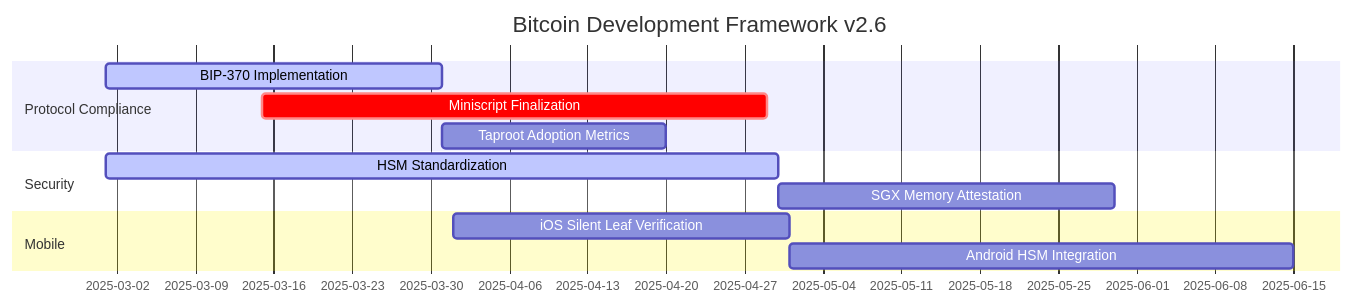
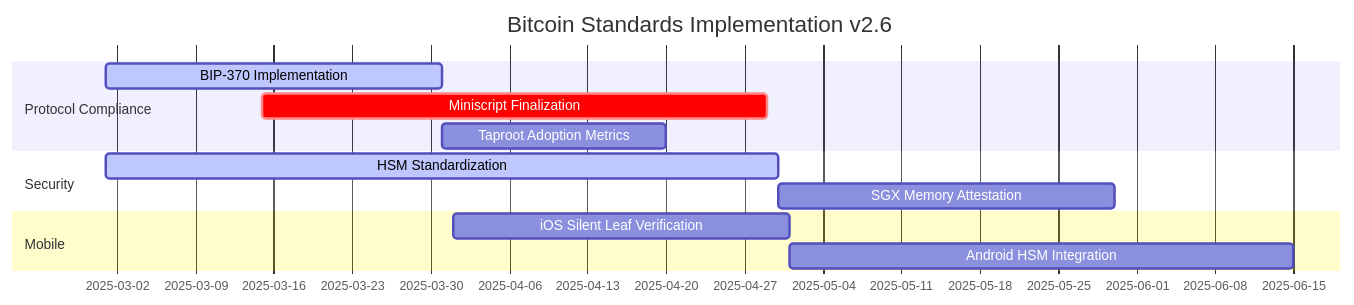
Before and after one commit to Anya-org/Anya-core: the first of 3 diagrams in docs/ROADMAP.md, drawn with Mermaid. The commit also changed other lines of this file and 178 other files, not shown here.

First line of the commit message:
docs: align system architecture documentation with current implementation

````diff
--- a/docs/ROADMAP.md
+++ b/docs/ROADMAP.md
@@ -22,15 +22,15 @@
 ```mermaid
 gantt
-    title Bitcoin Development Framework v2.6
+    title Bitcoin Standards Implementation v2.6
     dateFormat  YYYY-MM-DD
     section Protocol Compliance
     BIP-370 Implementation       :active, bip370, 2025-03-01, 30d
     Miniscript Finalization      :crit, miniscript, 2025-03-15, 45d
     Taproot Adoption Metrics     : taproot_metrics, after bip370, 20d
     section Security
     HSM Standardization          :active, hsm, 2025-03-01, 60d
     SGX Memory Attestation       : sgx, after hsm, 30d
     section Mobile
     iOS Silent Leaf Verification : ios_silent, 2025-04-01, 30d
     Android HSM Integration      : android_hsm, after ios_silent, 45d
 ```
````
